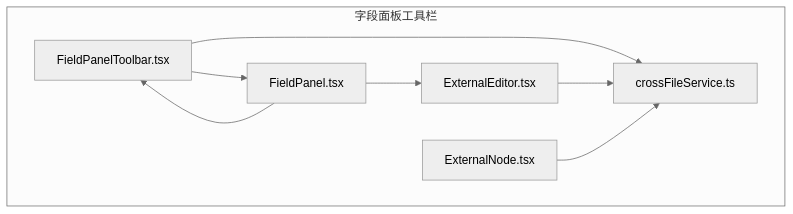
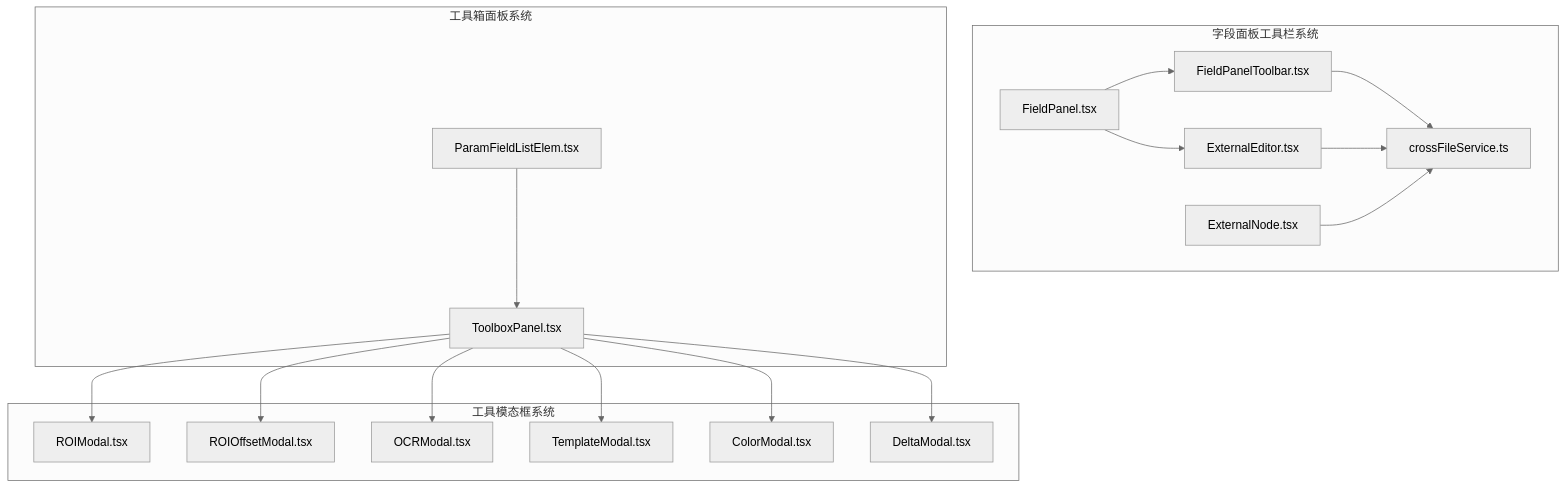
The first of 6 diagrams in .qoder/repowiki/zh/content/核心概念/字段面板工具栏.md (kqcoxn/MaaPipelineEditor), drawn with Mermaid (neutral theme) before and after one commit. The commit also changed other lines of this file and 23 other files, not shown here.

````diff
--- a/.qoder/repowiki/zh/content/核心概念/字段面板工具栏.md
+++ b/.qoder/repowiki/zh/content/核心概念/字段面板工具栏.md
@@ -39,16 +61,34 @@
 ```mermaid
 graph TB
-subgraph "字段面板工具栏"
+subgraph "字段面板工具栏系统"
 FPT["FieldPanelToolbar.tsx"]
 FP["FieldPanel.tsx"]
 END["ExternalEditor.tsx"]
 CFS["crossFileService.ts"]
 EN["ExternalNode.tsx"]
 end
+subgraph "工具箱面板系统"
+TP["ToolboxPanel.tsx"]
+PFE["ParamFieldListElem.tsx"]
+end
+subgraph "工具模态框系统"
+ROI["ROIModal.tsx"]
+ROIO["ROIOffsetModal.tsx"]
+OCR["OCRModal.tsx"]
+TM["TemplateModal.tsx"]
+CM["ColorModal.tsx"]
+DM["DeltaModal.tsx"]
+end
 FP --> FPT
 FP --> END
 FPT --> CFS
 END --> CFS
 EN --> CFS
-FPT --> FP
+TP --> ROI
+TP --> ROIO
+TP --> OCR
+TP --> TM
+TP --> CM
+TP --> DM
+PFE --> TP
 ```
````
